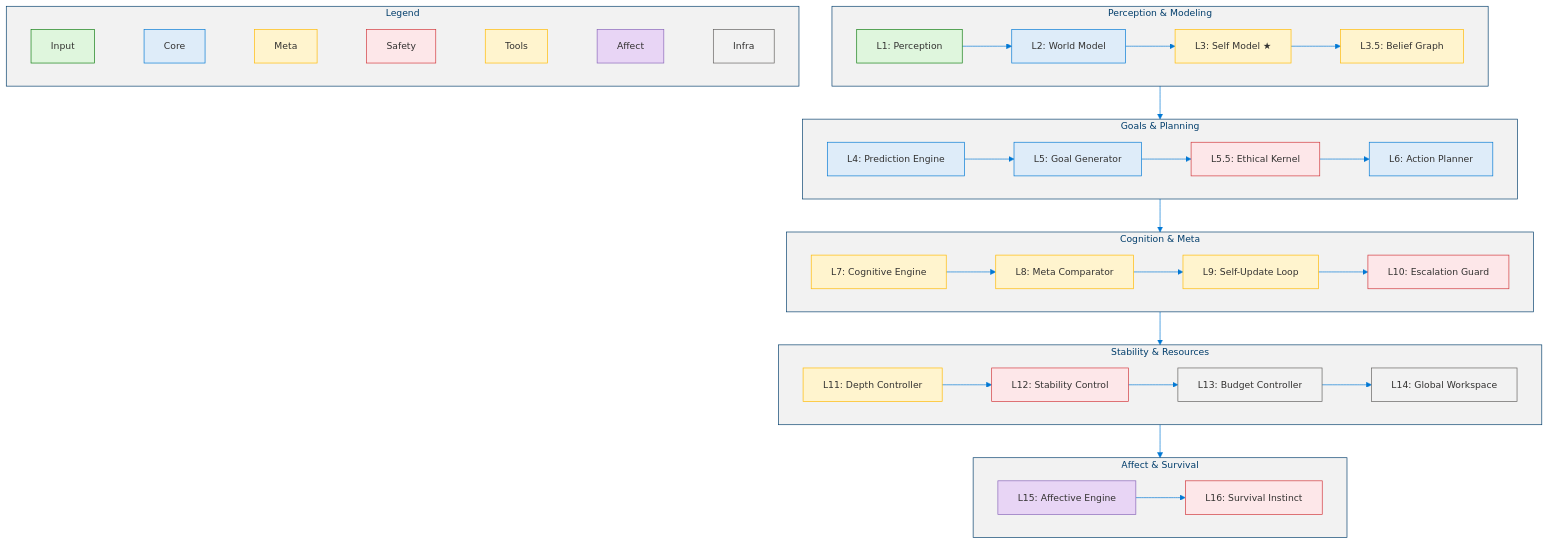
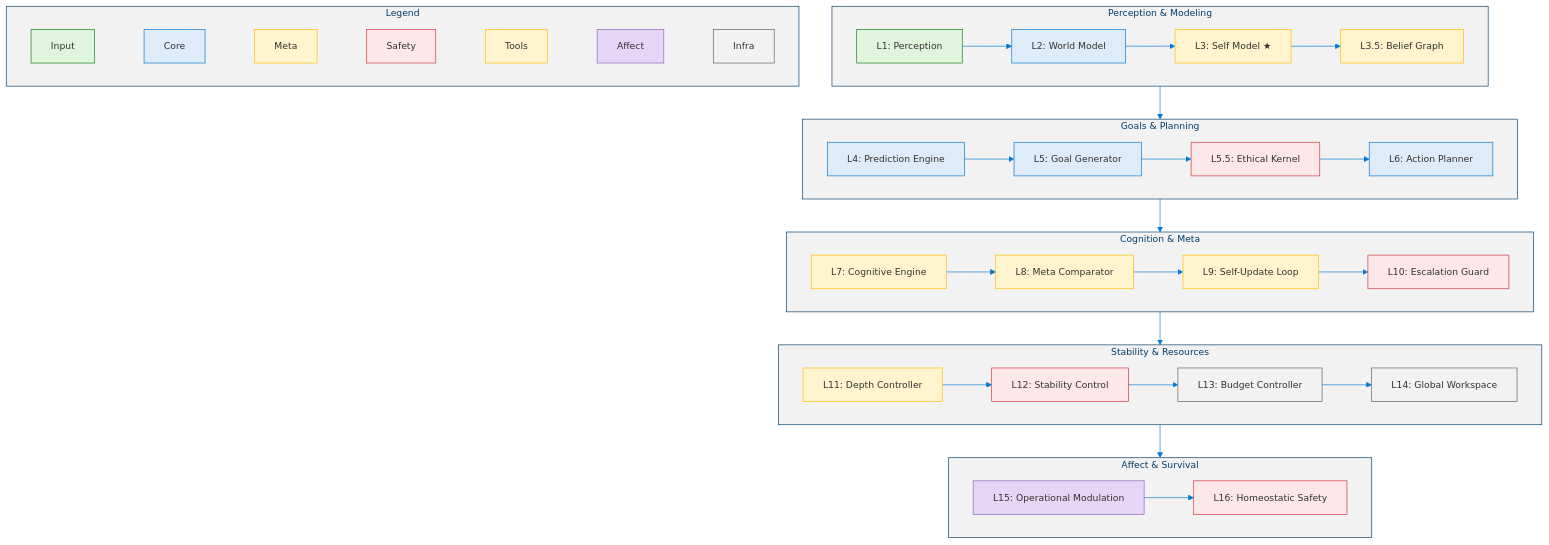
One commit to dotnetpower/mscp changed the second of 5 diagrams in docs/MSCP_Overview.md. Above: the diagram before and after it, drawn with Mermaid. The commit also changed other lines of this file and 21 other files, not shown here.

````diff
--- a/docs/MSCP_Overview.md
+++ b/docs/MSCP_Overview.md
@@ -298,43 +298,43 @@
 ```mermaid
 %%{init: {'theme': 'base', 'themeVariables': {'primaryColor': '#0078D4', 'primaryTextColor': '#003D6B', 'primaryBorderColor': '#003D6B', 'secondaryColor': '#50E6FF', 'secondaryTextColor': '#323130', 'secondaryBorderColor': '#00BCF2', 'tertiaryColor': '#F2F2F2', 'tertiaryTextColor': '#323130', 'lineColor': '#0078D4', 'textColor': '#323130', 'mainBkg': '#DEECF9', 'nodeBorder': '#0078D4', 'clusterBkg': '#F2F2F2', 'clusterBorder': '#003D6B', 'titleColor': '#003D6B', 'edgeLabelBackground': '#FFFFFF', 'fontSize': '14px'}}}%%
 flowchart TB
   classDef input fill:#DFF6DD,stroke:#107C10,color:#323130
   classDef core fill:#DEECF9,stroke:#0078D4,color:#323130
   classDef meta fill:#FFF4CE,stroke:#FFB900,color:#323130
   classDef safety fill:#FDE7E9,stroke:#D13438,color:#323130
   classDef tool fill:#FFF4CE,stroke:#FFB900,color:#323130
   classDef affect fill:#E8D5F5,stroke:#8764B8,color:#323130
   classDef infra fill:#F2F2F2,stroke:#605E5C,color:#323130
 
   subgraph G1["Perception & Modeling"]
     direction LR
     L01["L1: Perception"]:::input --> L02["L2: World Model"]:::core --> L03["L3: Self Model ★"]:::meta --> L035["L3.5: Belief Graph"]:::meta
   end
 
   subgraph G2["Goals & Planning"]
     direction LR
     L04["L4: Prediction Engine"]:::core --> L05["L5: Goal Generator"]:::core --> L055["L5.5: Ethical Kernel"]:::safety --> L06["L6: Action Planner"]:::core
   end
 
   subgraph G3["Cognition & Meta"]
     direction LR
     L07["L7: Cognitive Engine"]:::tool --> L08["L8: Meta Comparator"]:::meta --> L09["L9: Self-Update Loop"]:::meta --> L10["L10: Escalation Guard"]:::safety
   end
 
   subgraph G4["Stability & Resources"]
     direction LR
     L11["L11: Depth Controller"]:::meta --> L12["L12: Stability Control"]:::safety --> L13["L13: Budget Controller"]:::infra --> L14["L14: Global Workspace"]:::infra
   end
 
   subgraph G5["Affect & Survival"]
     direction LR
-    L15["L15: Affective Engine"]:::affect --> L16["L16: Survival Instinct"]:::safety
+    L15["L15: Operational Modulation"]:::affect --> L16["L16: Homeostatic Safety"]:::safety
   end
 
   G1 --> G2 --> G3 --> G4 --> G5
 
   subgraph Legend["Legend"]
     direction LR
     LI["Input"]:::input ~~~ LP["Core"]:::core ~~~ LM["Meta"]:::meta ~~~ LS["Safety"]:::safety ~~~ LT["Tools"]:::tool ~~~ LA["Affect"]:::affect ~~~ LN["Infra"]:::infra
   end
 ```
````
